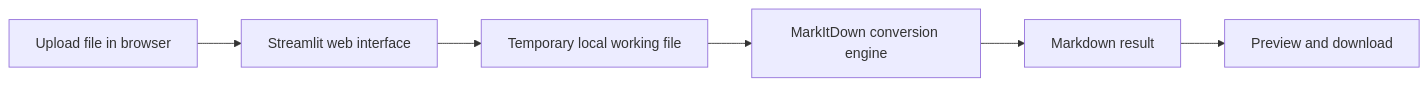
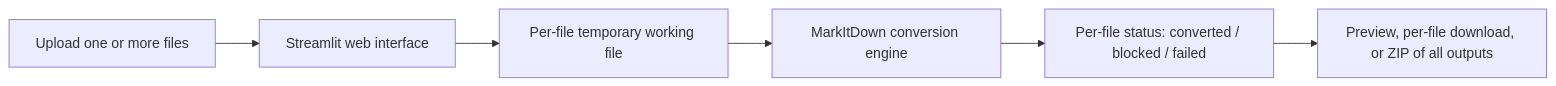
Before and after one commit to k-f-m/markitdown-web-ui: the diagram in README.md, drawn with Mermaid. The commit also changed other lines of this file, not shown here.

````diff
--- a/README.md
+++ b/README.md
@@ -41,8 +50,8 @@
 ```mermaid
 flowchart LR
-	A[Upload file in browser] --> B[Streamlit web interface]
-	B --> C[Temporary local working file]
+	A[Upload one or more files] --> B[Streamlit web interface]
+	B --> C[Per-file temporary working file]
 	C --> D[MarkItDown conversion engine]
-	D --> E[Markdown result]
-	E --> F[Preview and download]
+	D --> E[Per-file status: converted / blocked / failed]
+	E --> F[Preview, per-file download, or ZIP of all outputs]
 ```
````
